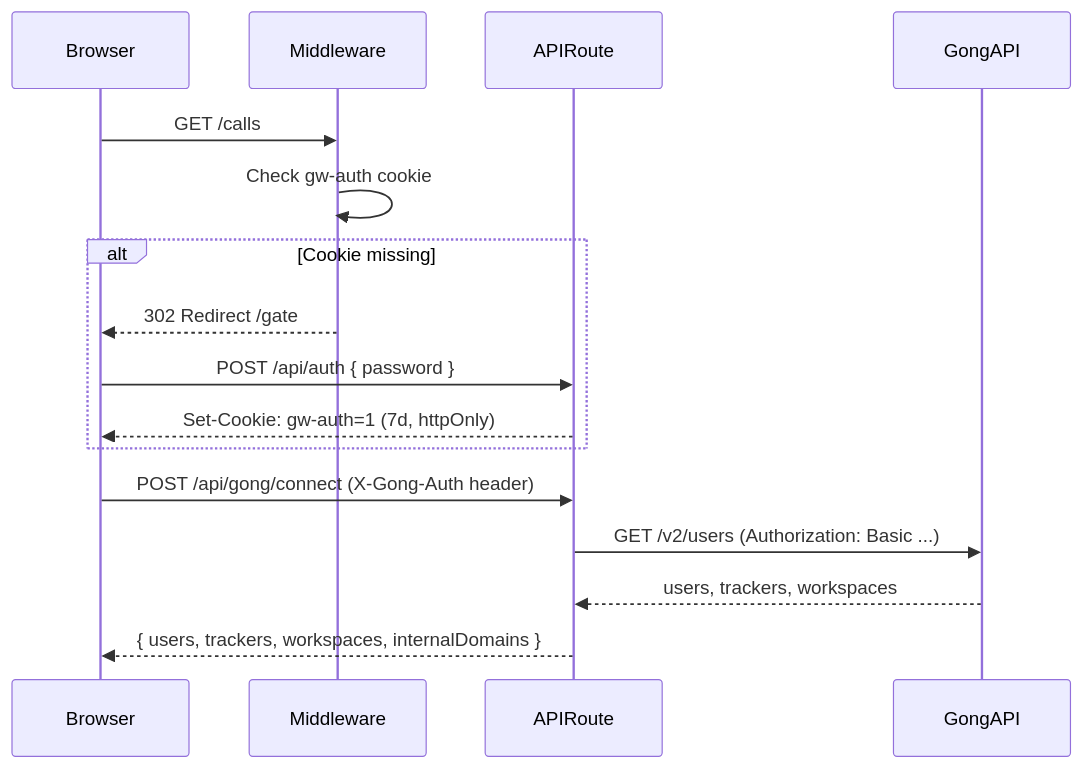
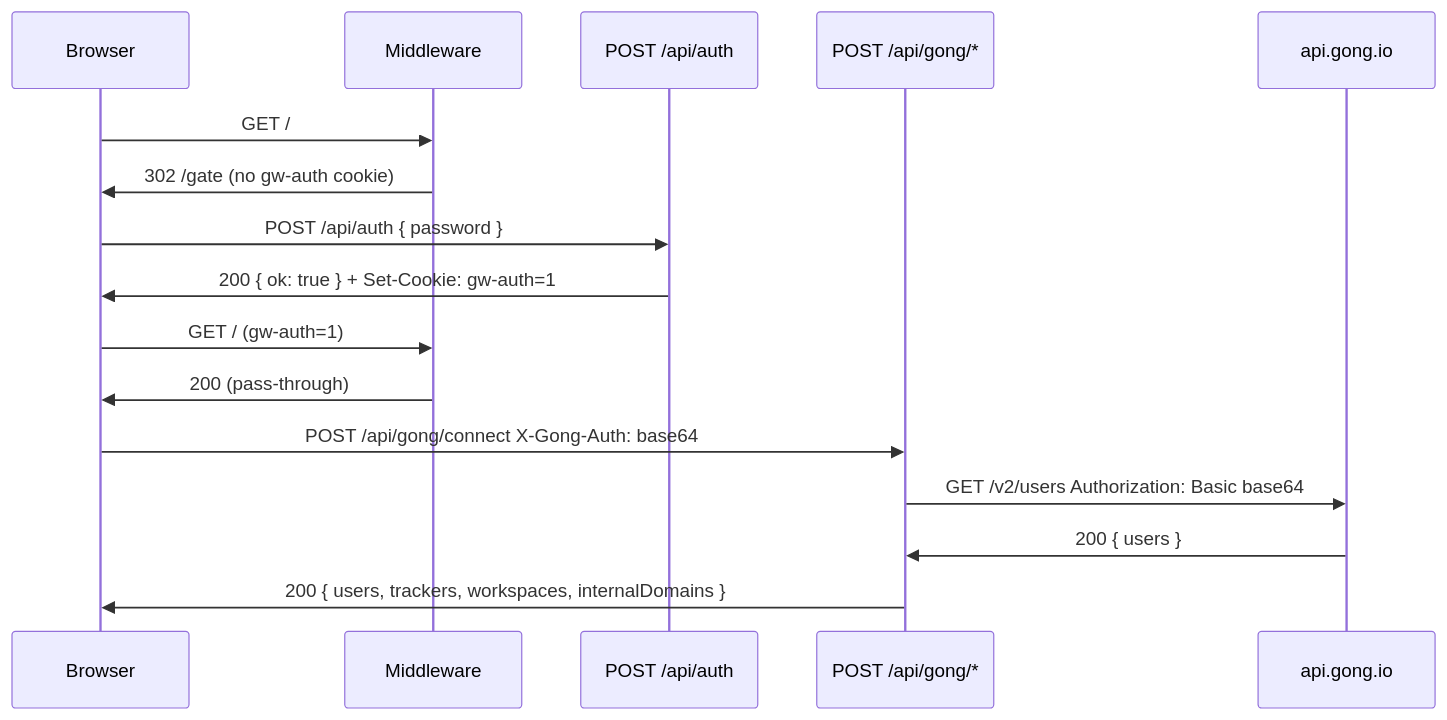
The diagram in docs/generated/api-routes.md (forrestmill-cmd/gongwizard), drawn with Mermaid before and after one commit. The commit also changed other lines of this file and 9 other files, not shown here.

````diff
--- a/docs/generated/api-routes.md
+++ b/docs/generated/api-routes.md
@@ -36,19 +34,19 @@
 ```mermaid
 sequenceDiagram
     participant Browser
     participant Middleware
-    participant APIRoute
-    participant GongAPI
+    participant AuthRoute as POST /api/auth
+    participant GongProxy as POST /api/gong/*
+    participant GongAPI as api.gong.io
 
-    Browser->>Middleware: GET /calls
-    Middleware->>Middleware: Check gw-auth cookie
-    alt Cookie missing
-        Middleware-->>Browser: 302 Redirect /gate
-        Browser->>APIRoute: POST /api/auth { password }
-        APIRoute-->>Browser: Set-Cookie: gw-auth=1 (7d, httpOnly)
-    end
-    Browser->>APIRoute: POST /api/gong/connect (X-Gong-Auth header)
-    APIRoute->>GongAPI: GET /v2/users (Authorization: Basic ...)
-    GongAPI-->>APIRoute: users, trackers, workspaces
-    APIRoute-->>Browser: { users, trackers, workspaces, internalDomains }
+    Browser->>Middleware: GET /
+    Middleware->>Browser: 302 /gate (no gw-auth cookie)
+    Browser->>AuthRoute: POST /api/auth { password }
+    AuthRoute->>Browser: 200 { ok: true } + Set-Cookie: gw-auth=1
+    Browser->>Middleware: GET / (gw-auth=1)
+    Middleware->>Browser: 200 (pass-through)
+    Browser->>GongProxy: POST /api/gong/connect X-Gong-Auth: base64
+    GongProxy->>GongAPI: GET /v2/users Authorization: Basic base64
+    GongAPI->>GongProxy: 200 { users }
+    GongProxy->>Browser: 200 { users, trackers, workspaces, internalDomains }
 ```
````
